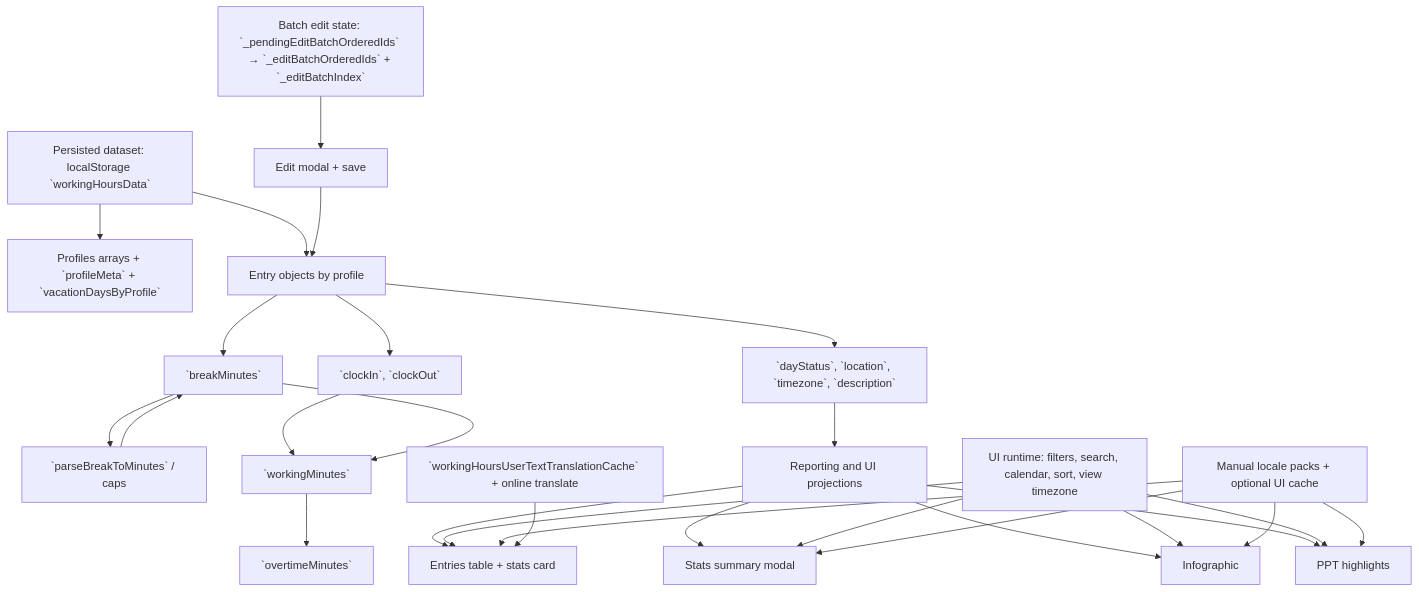
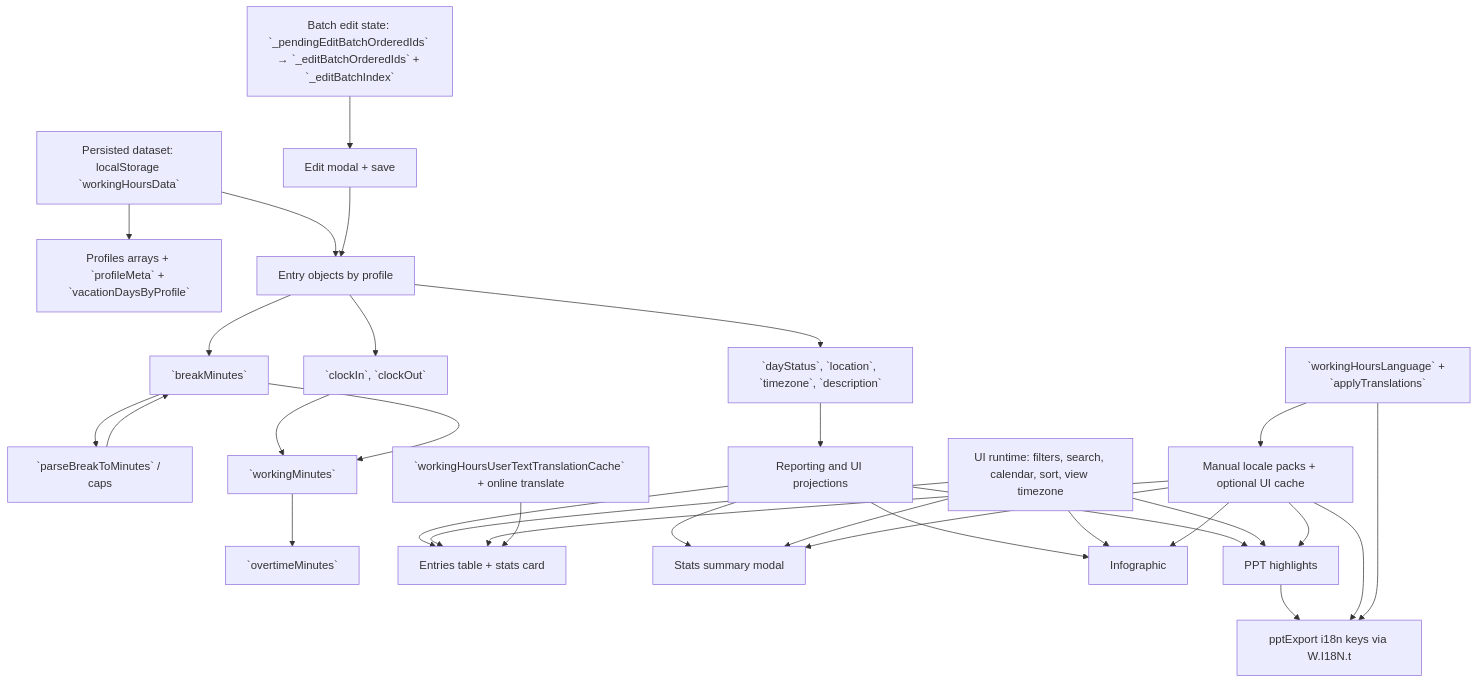
Before and after one commit to RifqiMT/working-hours-tracker: the first of 2 diagrams in docs/VARIABLES.md, drawn with Mermaid. The commit also changed other lines of this file and 39 other files, not shown here.

First line of the commit message:
feat(working-hours-tracker): PPT analytics, i18n, docs, and language UX

````diff
--- a/docs/VARIABLES.md
+++ b/docs/VARIABLES.md
@@ -85,33 +99,38 @@
 ```mermaid
 flowchart TD
   A[Persisted dataset: localStorage `workingHoursData`] --> B[Profiles arrays + `profileMeta` + `vacationDaysByProfile`]
   A --> C[Entry objects by profile]
   C --> D[`clockIn`, `clockOut`]
   C --> Br[`breakMinutes`]
   Br --> PBM[`parseBreakToMinutes` / caps]
   PBM --> Br
   D --> E[`workingMinutes`]
   Br --> E
   E --> F[`overtimeMinutes`]
   C --> G[`dayStatus`, `location`, `timezone`, `description`]
   G --> H[Reporting and UI projections]
   H --> I[Entries table + stats card]
   H --> J[Stats summary modal]
   H --> K[Infographic]
   H --> L[PPT highlights]
+  L --> PPTi18n[pptExport i18n keys via W.I18N.t]
 
   M[UI runtime: filters, search, calendar, sort, view timezone] --> I
   M --> J
   M --> K
   M --> L
 
   Q[Batch edit state: `_pendingEditBatchOrderedIds` → `_editBatchOrderedIds` + `_editBatchIndex`] --> Mod[Edit modal + save]
   Mod --> C
 
   N[Manual locale packs + optional UI cache] --> I
   N --> J
   N --> K
   N --> L
+  N --> PPTi18n
+
+  Lang[`workingHoursLanguage` + `applyTranslations`] --> N
+  Lang --> PPTi18n
 
   O[`workingHoursUserTextTranslationCache` + online translate] --> I
 ```
````
